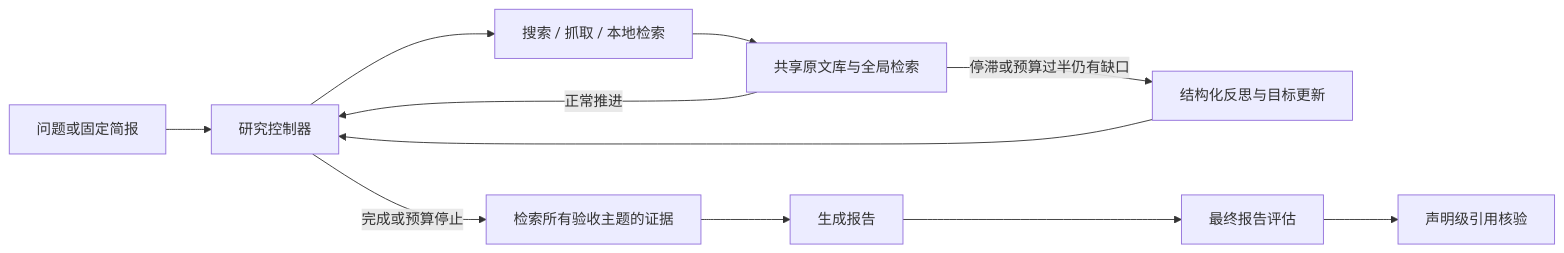
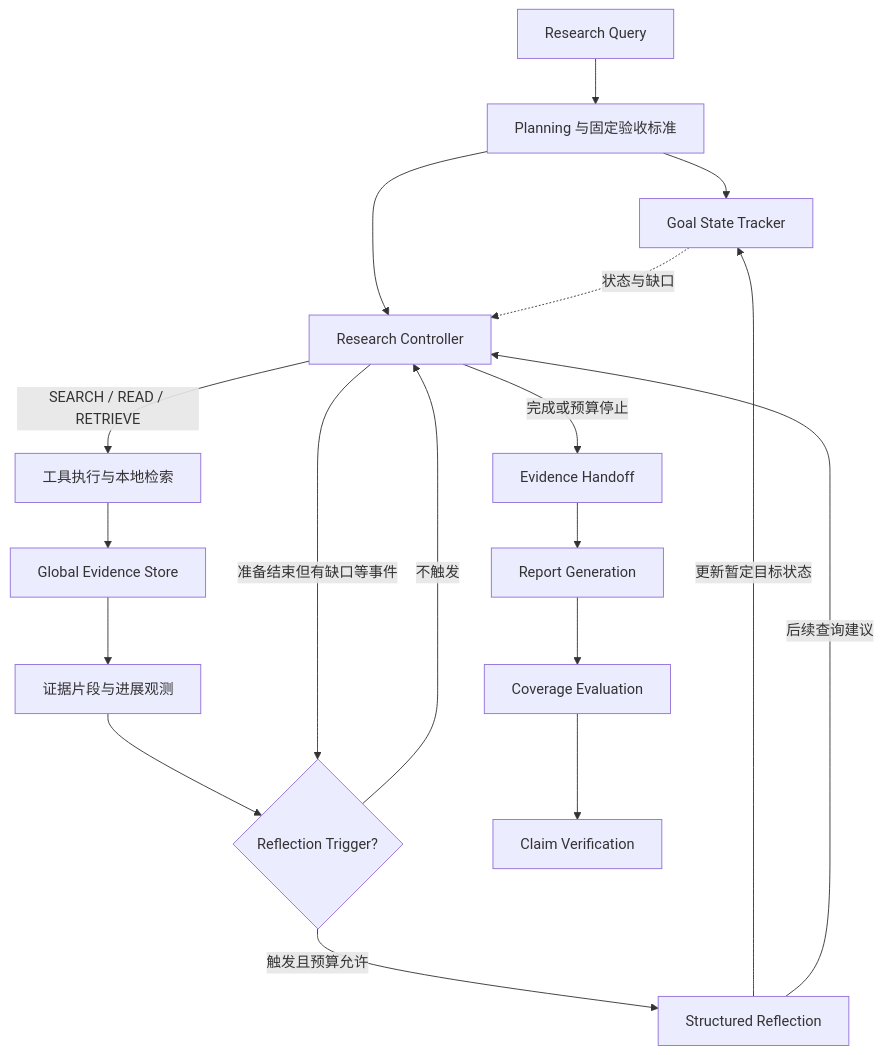
One commit to jackson-119/Adaptive-Deep-Research-Agent changed the diagram in README.md. Above: the diagram before and after it, drawn with Mermaid. The commit also changed other lines of this file and 10 other files, not shown here.

````diff
--- a/README.md
+++ b/README.md
@@ -11,13 +25,20 @@
 ```mermaid
-flowchart LR
-    A[问题或固定简报] --> B[研究控制器]
-    B --> C[搜索 / 抓取 / 本地检索]
-    C --> D[共享原文库与全局检索]
-    D -->|正常推进| B
-    D -->|停滞或预算过半仍有缺口| R[结构化反思与目标更新]
-    R --> B
-    B -->|完成或预算停止| E[检索所有验收主题的证据]
-    E --> F[生成报告]
-    F --> G[最终报告评估]
-    G --> H[声明级引用核验]
+flowchart TD
+    Q[Research Query] --> P[Planning 与固定验收标准]
+    P --> G[Goal State Tracker]
+    P --> C[Research Controller]
+    G -. 状态与缺口 .-> C
+    C -->|SEARCH / READ / RETRIEVE| T[工具执行与本地检索]
+    T --> E[Global Evidence Store]
+    E --> U[证据片段与进展观测]
+    U --> D{Reflection Trigger?}
+    D -->|触发且预算允许| R[Structured Reflection]
+    R -->|更新暂定目标状态| G
+    R -->|后续查询建议| C
+    D -->|不触发| C
+    C -->|准备结束但有缺口等事件| D
+    C -->|完成或预算停止| H[Evidence Handoff]
+    H --> W[Report Generation]
+    W --> V[Coverage Evaluation]
+    V --> K[Claim Verification]
 ```
````
